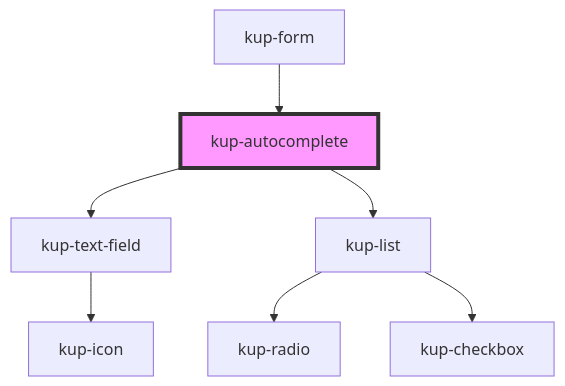
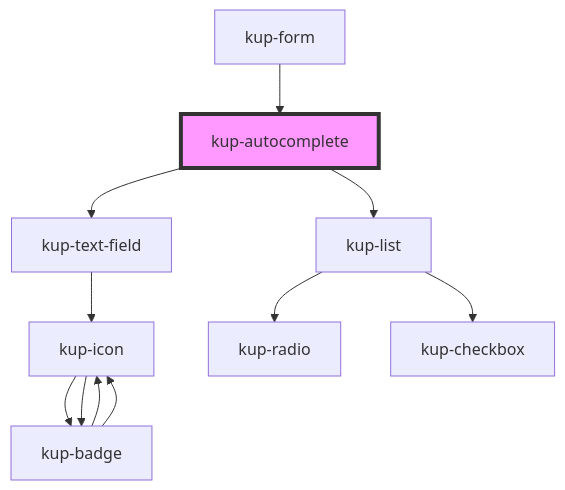
One commit to smeup/ketchup changed the diagram in packages/ketchup/src/components/kup-autocomplete/readme.md. Above: the diagram before and after it, drawn with Mermaid. The commit also changed 22 other files, not shown here.

Commit message:
Added badge to icon. Removed old image and replaced with icon.

````diff
--- a/packages/ketchup/src/components/kup-autocomplete/readme.md
+++ b/packages/ketchup/src/components/kup-autocomplete/readme.md
@@ -47,10 +47,14 @@
 ```mermaid
 graph TD;
   kup-autocomplete --> kup-text-field
   kup-autocomplete --> kup-list
   kup-text-field --> kup-icon
+  kup-icon --> kup-badge
+  kup-icon --> kup-badge
+  kup-badge --> kup-icon
+  kup-badge --> kup-icon
   kup-list --> kup-radio
   kup-list --> kup-checkbox
   kup-form --> kup-autocomplete
   style kup-autocomplete fill:#f9f,stroke:#333,stroke-width:4px
 ```
````
